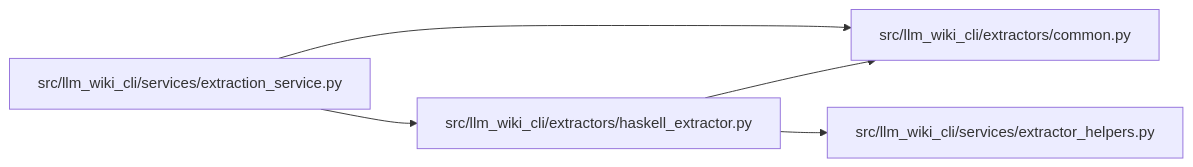
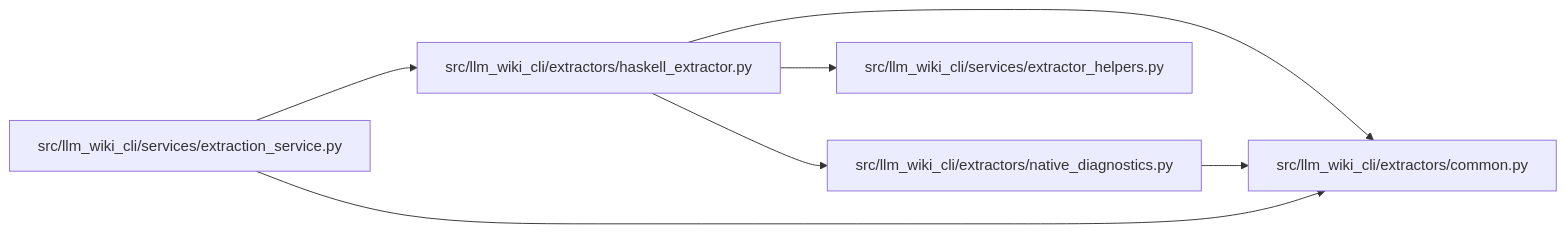
The diagram in docs/llm_wiki/modules/haskell_extractor.md (Denissvgn/python-wiki-llm), drawn with Mermaid before and after one commit. The commit also changed other lines of this file and 383 other files, not shown here.

Commit message:
docs(wiki): explain native helper path diagnostics

````diff
--- a/docs/llm_wiki/modules/haskell_extractor.md
+++ b/docs/llm_wiki/modules/haskell_extractor.md
@@ -25,15 +28,19 @@
 ```mermaid
 flowchart LR
     n0["src/llm_wiki_cli/extractors/common.py"]
     n1["src/llm_wiki_cli/extractors/haskell_extractor.py"]
-    n2["src/llm_wiki_cli/services/extraction_service.py"]
-    n3["src/llm_wiki_cli/services/extractor_helpers.py"]
+    n2["src/llm_wiki_cli/extractors/native_diagnostics.py"]
+    n3["src/llm_wiki_cli/services/extraction_service.py"]
+    n4["src/llm_wiki_cli/services/extractor_helpers.py"]
     n1 --> n0
-    n1 --> n3
+    n1 --> n2
+    n1 --> n4
     n2 --> n0
-    n2 --> n1
+    n3 --> n0
+    n3 --> n1
     click n0 "../modules/common.md"
     click n1 "../modules/haskell_extractor.md"
-    click n2 "../modules/extraction_service.md"
-    click n3 "../modules/extractor_helpers.md"
+    click n2 "../modules/native_diagnostics.md"
+    click n3 "../modules/extraction_service.md"
+    click n4 "../modules/extractor_helpers.md"
 ```
````
